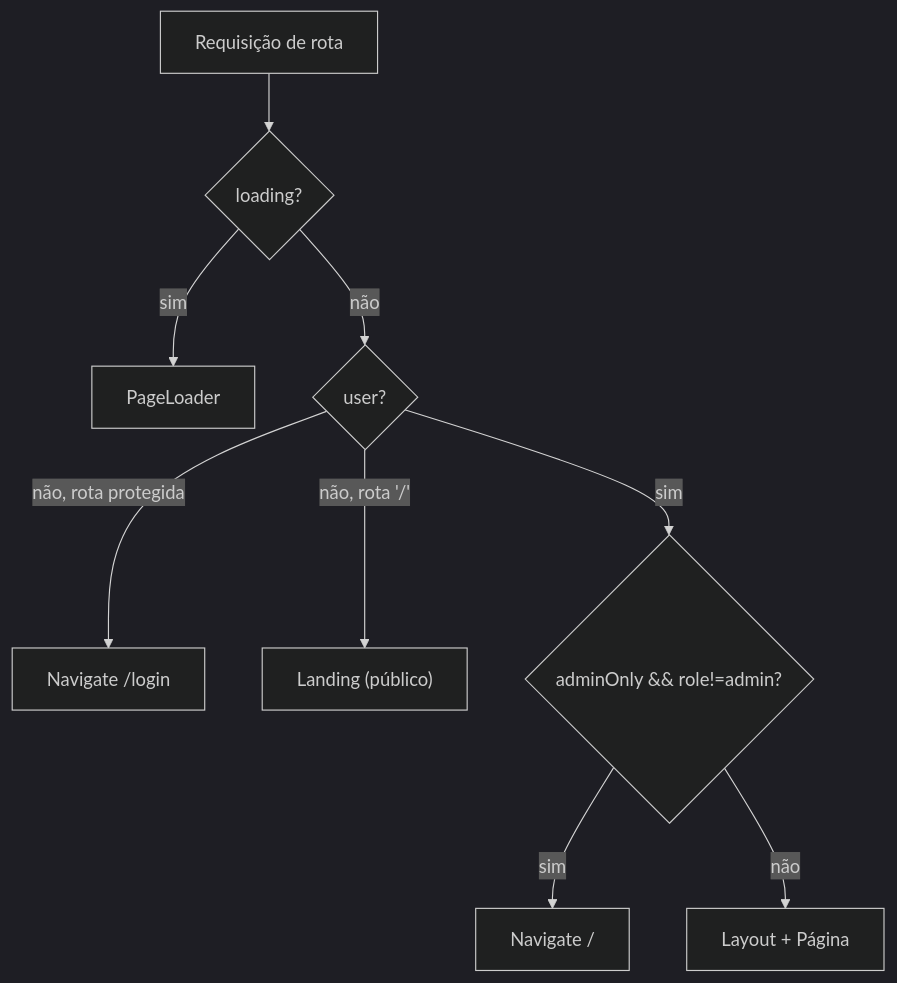
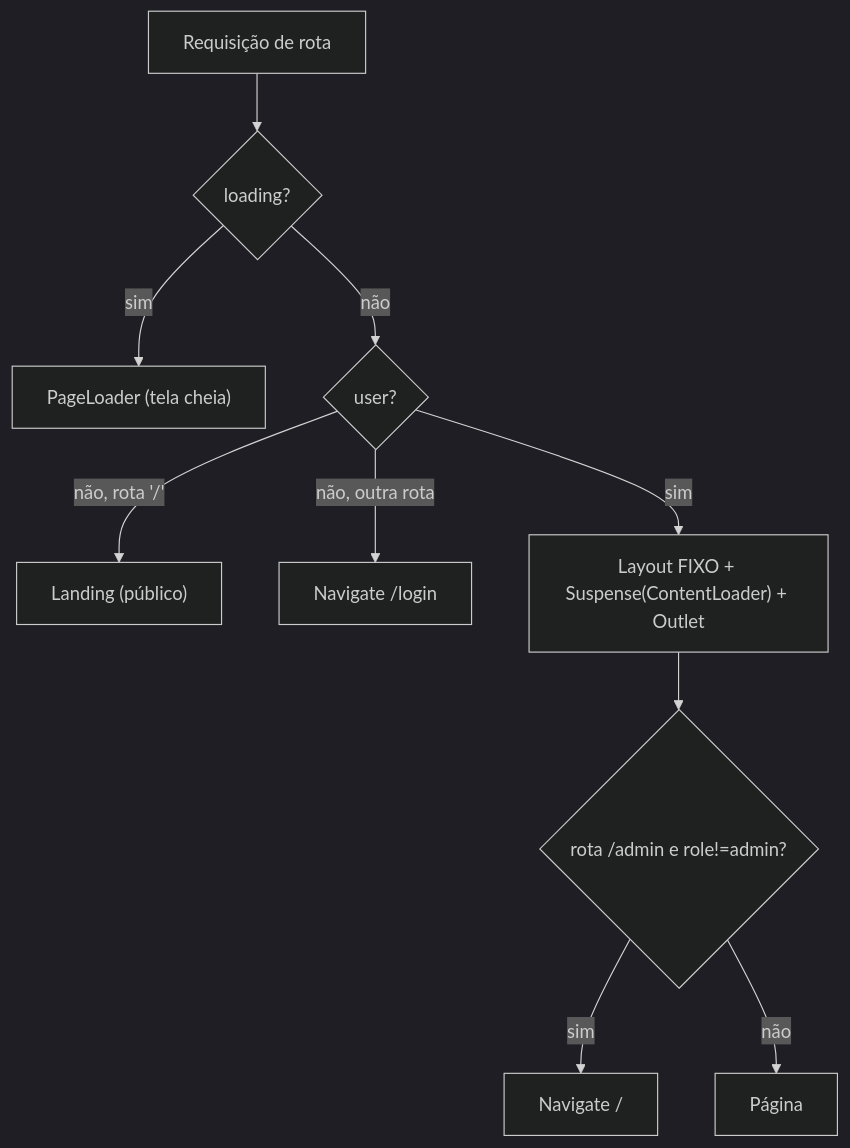
One commit to oziaudiovisual/cinesafe changed the second of 3 diagrams in docs/05-frontend.md. Above: the diagram before and after it, drawn with Mermaid (dark theme). The commit also changed other lines of this file and 3 other files, not shown here.

First line of the commit message:
fix(ux): menu fixo — shell de layout persistente elimina o flash de navegação

````diff
--- a/docs/05-frontend.md
+++ b/docs/05-frontend.md
@@ -125,11 +124,12 @@
 ```mermaid
 flowchart TD
   A["Requisição de rota"] --> B{"loading?"}
-  B -->|sim| P["PageLoader"]
+  B -->|sim| P["PageLoader (tela cheia)"]
   B -->|não| C{"user?"}
-  C -->|não, rota protegida| L["Navigate /login"]
   C -->|não, rota '/'| LP["Landing (público)"]
-  C -->|sim| D{"adminOnly && role!=admin?"}
-  D -->|sim| H["Navigate / "]
-  D -->|não| R["Layout + Página"]
+  C -->|não, outra rota| L["Navigate /login"]
+  C -->|sim| R["Layout FIXO + Suspense(ContentLoader) + Outlet"]
+  R --> D{"rota /admin e role!=admin?"}
+  D -->|sim| H["Navigate /"]
+  D -->|não| PG["Página"]
 ```
````
